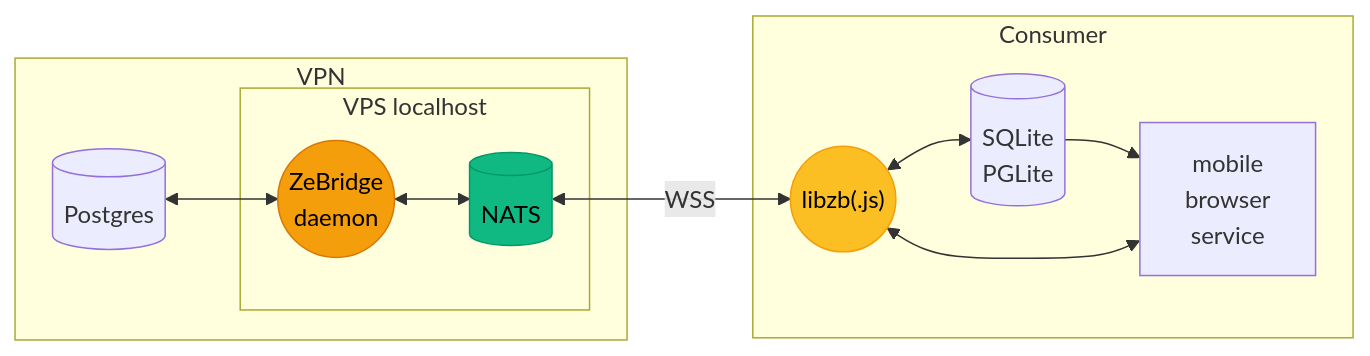
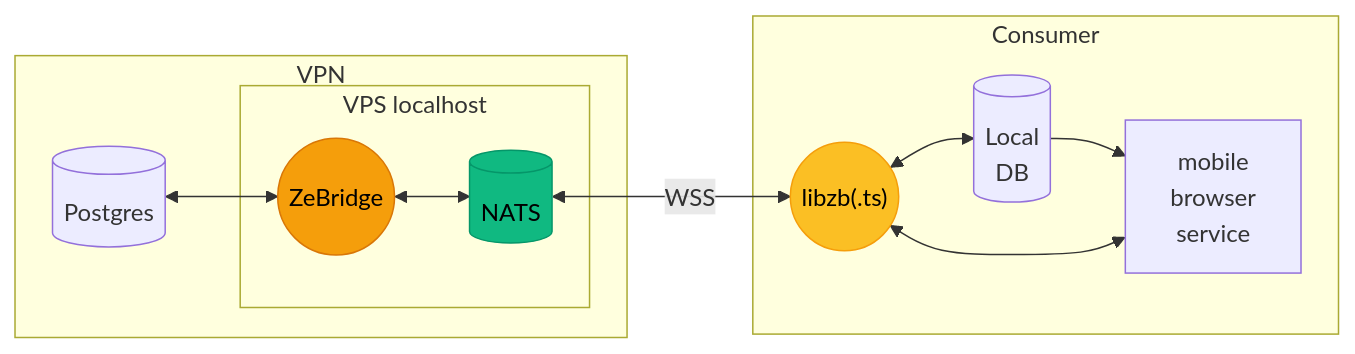
One commit to ndrean/ZeBridge changed the first of 3 diagrams in README.md. Above: the diagram before and after it, drawn with Mermaid. The commit also changed other lines of this file and 52 other files, not shown here.

````diff
--- a/README.md
+++ b/README.md
@@ -11,28 +11,28 @@
 ```mermaid
 flowchart LR
      subgraph VPN["VPN"]
         PG[("Postgres")]
         subgraph Localhost ["VPS localhost"]
-            Bridge(("ZeBridge <br> daemon"))
+            Bridge(("ZeBridge"))
             NATS[("NATS")]
         end
         PG <--> Bridge
         Bridge <-->  NATS
     end
 
     NATS <--> |WSS| Lib
 
 
     subgraph Edge["Consumer"]
-        Lib(("libzb(.js)"))
-        SQL[("SQLite<br>PGLite")]
+        Lib(("libzb(.ts)"))
+        SQL[("Local<br>DB")]
         App["mobile<br>browser<br>service"]
         SQL -->App
         App <-->Lib
         Lib <-->SQL
     end
 
     style Bridge fill:#f59e0b,stroke:#d97706,color:#000
     style Lib fill:#fbbf24,stroke:#f59e0b,color:#000
     style NATS fill:#10b981,stroke:#059669,color:#000
 ```
````
